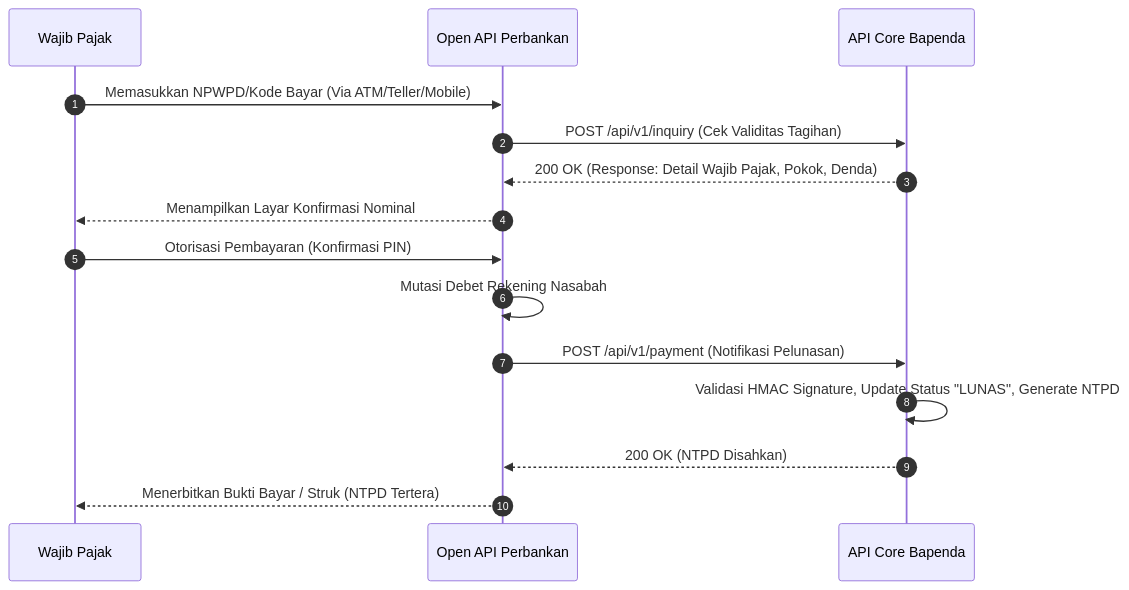
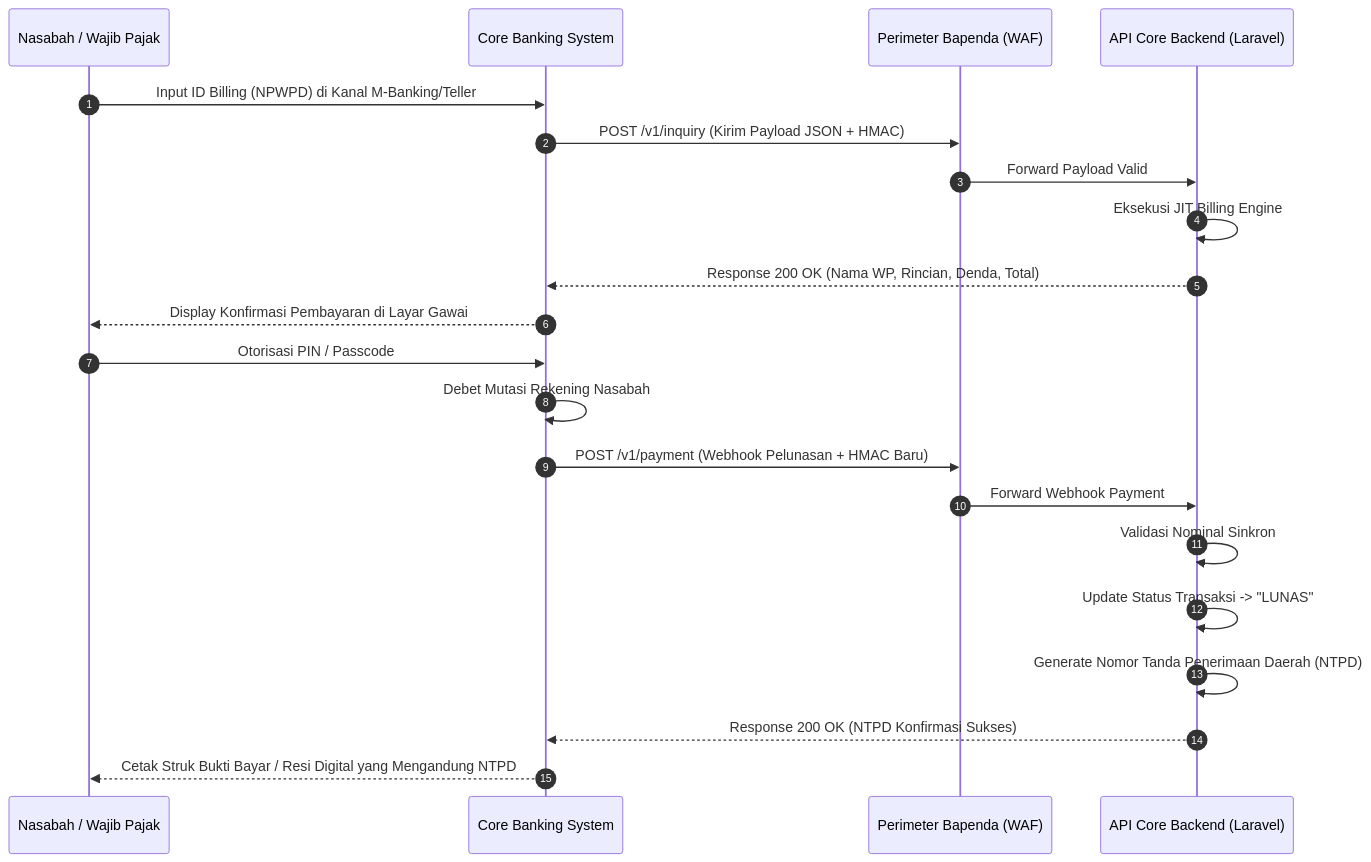
One commit to arif-rizal1122/retribusi-api changed the third of 3 diagrams in docs/Dokumen_Perencanaan_Sistem_Pendapatan_Baubau.md. Above: the diagram before and after it, drawn with Mermaid. The commit also changed other lines of this file, not shown here.

Commit message:
Expand blueprint extensively with Legacy System Study and Laporan Akhir format

```diff
--- a/docs/Dokumen_Perencanaan_Sistem_Pendapatan_Baubau.md
+++ b/docs/Dokumen_Perencanaan_Sistem_Pendapatan_Baubau.md
@@ -183,19 +217,25 @@
 <div class="mermaid">
 sequenceDiagram
     autonumber
-    participant WP as Wajib Pajak
-    participant Bank as Open API Perbankan
-    participant Bapenda as API Core Bapenda
+    participant WP as Nasabah / Wajib Pajak
+    participant Bank as Core Banking System
+    participant WAF as Perimeter Bapenda (WAF)
+    participant API as API Core Backend (Laravel)
 
-    WP->>Bank: Memasukkan NPWPD/Kode Bayar (Via ATM/Teller/Mobile)
-    Bank->>Bapenda: POST /api/v1/inquiry (Cek Validitas Tagihan)
-    Bapenda-->>Bank: 200 OK (Response: Detail Wajib Pajak, Pokok, Denda)
-    Bank-->>WP: Menampilkan Layar Konfirmasi Nominal
+    WP->>Bank: Input ID Billing (NPWPD) di Kanal M-Banking/Teller
+    Bank->>WAF: POST /v1/inquiry (Kirim Payload JSON + HMAC)
+    WAF->>API: Forward Payload Valid
+    API->>API: Eksekusi JIT Billing Engine
+    API-->>Bank: Response 200 OK (Nama WP, Rincian, Denda, Total)
+    Bank-->>WP: Display Konfirmasi Pembayaran di Layar Gawai
 
-    WP->>Bank: Otorisasi Pembayaran (Konfirmasi PIN)
-    Bank->>Bank: Mutasi Debet Rekening Nasabah
-    Bank->>Bapenda: POST /api/v1/payment (Notifikasi Pelunasan)
-    Bapenda->>Bapenda: Validasi HMAC Signature, Update Status "LUNAS", Generate NTPD
-    Bapenda-->>Bank: 200 OK (NTPD Disahkan)
-    Bank-->>WP: Menerbitkan Bukti Bayar / Struk (NTPD Tertera)
+    WP->>Bank: Otorisasi PIN / Passcode
+    Bank->>Bank: Debet Mutasi Rekening Nasabah
+    Bank->>WAF: POST /v1/payment (Webhook Pelunasan + HMAC Baru)
+    WAF->>API: Forward Webhook Payment
+    API->>API: Validasi Nominal Sinkron
+    API->>API: Update Status Transaksi -> "LUNAS"
+    API->>API: Generate Nomor Tanda Penerimaan Daerah (NTPD)
+    API-->>Bank: Response 200 OK (NTPD Konfirmasi Sukses)
+    Bank-->>WP: Cetak Struk Bukti Bayar / Resi Digital yang Mengandung NTPD
 </div>
```
